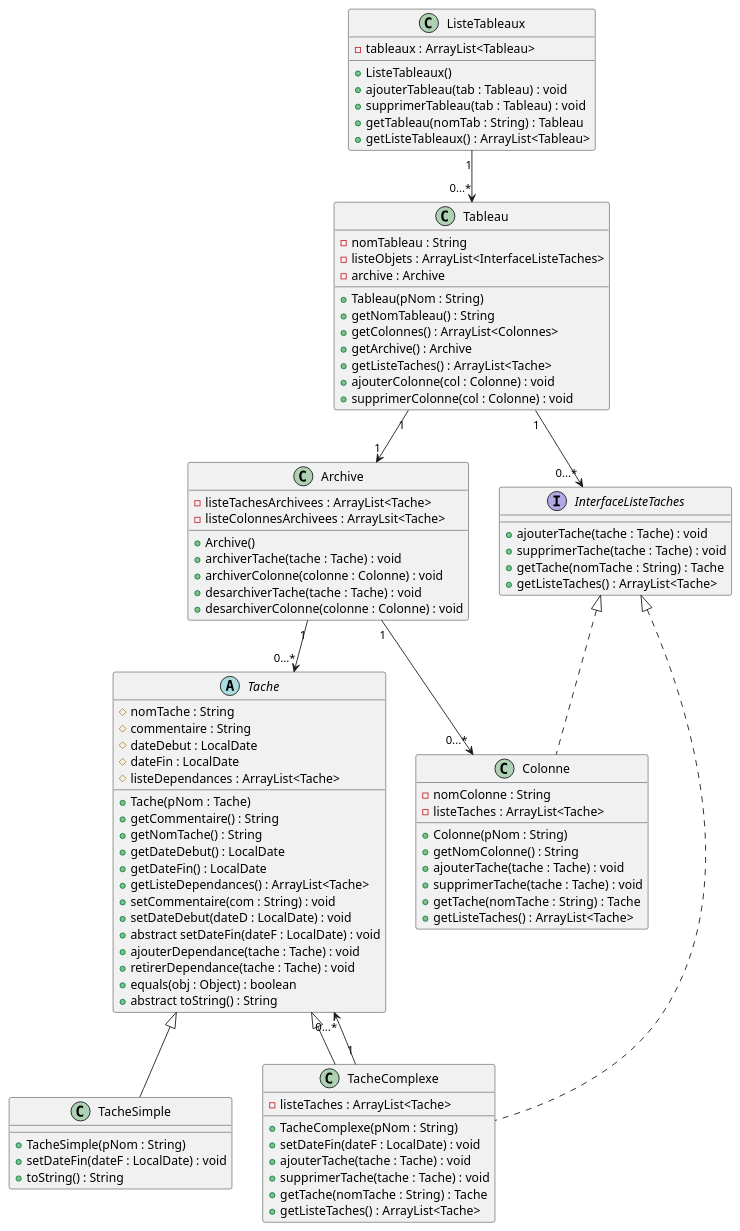
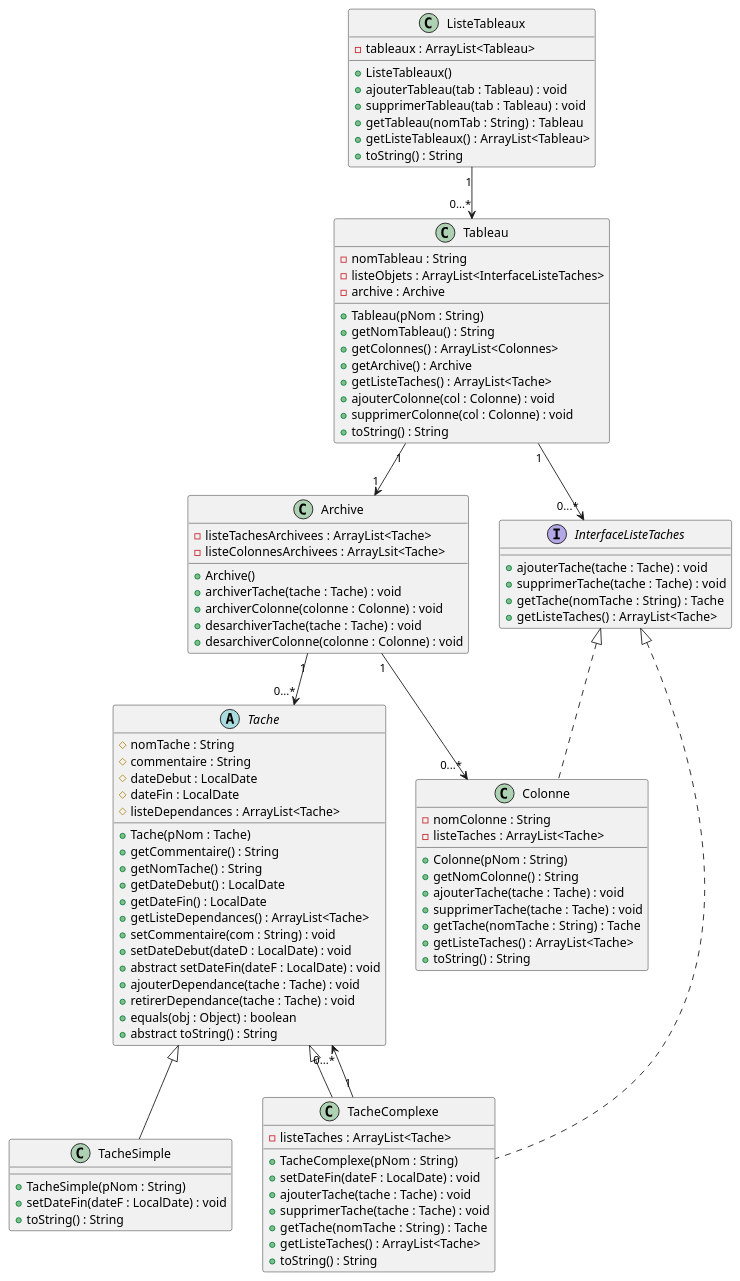
Before and after one commit to AxelBerret/S3D-Trello_BERRET_CHAPELLIER_DODANE_LETONDAL: the diagram in Documents/Diagrammes_PlantUML/Iteration 1 - Diagrammes Classes.puml, drawn with PlantUML.

Commit message:
Modif DiagClasse

```diff
--- a/Documents/Diagrammes_PlantUML/Iteration 1 - Diagrammes Classes.puml
+++ b/Documents/Diagrammes_PlantUML/Iteration 1 - Diagrammes Classes.puml
@@ -1,99 +1,103 @@
 @startuml
 'https://plantuml.com/class-diagram
 
 class Tableau {
 - nomTableau : String
 - listeObjets : ArrayList<InterfaceListeTaches>
 - archive : Archive
 + Tableau(pNom : String)
 + getNomTableau() : String
 + getColonnes() : ArrayList<Colonnes>
 + getArchive() : Archive
 + getListeTaches() : ArrayList<Tache>
 + ajouterColonne(col : Colonne) : void
 + supprimerColonne(col : Colonne) : void
++ toString() : String
 }
 
 class Archive {
 - listeTachesArchivees : ArrayList<Tache>
 - listeColonnesArchivees : ArrayLsit<Tache>
 + Archive()
 + archiverTache(tache : Tache) : void
 + archiverColonne(colonne : Colonne) : void
 + desarchiverTache(tache : Tache) : void
 + desarchiverColonne(colonne : Colonne) : void
 }
 
 class ListeTableaux {
 - tableaux : ArrayList<Tableau>
 + ListeTableaux()
 + ajouterTableau(tab : Tableau) : void
 + supprimerTableau(tab : Tableau) : void
 + getTableau(nomTab : String) : Tableau
 + getListeTableaux() : ArrayList<Tableau>
++ toString() : String
 }
 
 interface InterfaceListeTaches {
 + ajouterTache(tache : Tache) : void
 + supprimerTache(tache : Tache) : void
 + getTache(nomTache : String) : Tache
 + getListeTaches() : ArrayList<Tache>
 }
 
 class Colonne implements InterfaceListeTaches {
 - nomColonne : String
 - listeTaches : ArrayList<Tache>
 + Colonne(pNom : String)
 + getNomColonne() : String
 + ajouterTache(tache : Tache) : void
 + supprimerTache(tache : Tache) : void
 + getTache(nomTache : String) : Tache
 + getListeTaches() : ArrayList<Tache>
++ toString() : String
 }
 
 abstract class Tache {
 # nomTache : String
 # commentaire : String
 # dateDebut : LocalDate
 # dateFin : LocalDate
 # listeDependances : ArrayList<Tache>
 + Tache(pNom : Tache)
 + getCommentaire() : String
 + getNomTache() : String
 + getDateDebut() : LocalDate
 + getDateFin() : LocalDate
 + getListeDependances() : ArrayList<Tache>
 + setCommentaire(com : String) : void
 + setDateDebut(dateD : LocalDate) : void
 + abstract setDateFin(dateF : LocalDate) : void
 + ajouterDependance(tache : Tache) : void
 + retirerDependance(tache : Tache) : void
 + equals(obj : Object) : boolean
 + abstract toString() : String
 }
 
 class TacheComplexe extends Tache implements InterfaceListeTaches {
 - listeTaches : ArrayList<Tache>
 + TacheComplexe(pNom : String)
 + setDateFin(dateF : LocalDate) : void
 + ajouterTache(tache : Tache) : void
 + supprimerTache(tache : Tache) : void
 + getTache(nomTache : String) : Tache
 + getListeTaches() : ArrayList<Tache>
++ toString() : String
 }
 
 class TacheSimple extends Tache {
 + TacheSimple(pNom : String)
 + setDateFin(dateF : LocalDate) : void
 + toString() : String
 }
 
 
 Tableau "1" --> "0...*" InterfaceListeTaches
 Tableau "1" --> "1" Archive
 Archive "1" --> "0...*" Colonne
 Archive "1" --> "0...*" Tache
 TacheComplexe "1" --> "0...*" Tache
 ListeTableaux "1" --> "0...*" Tableau
 
 @enduml
```
